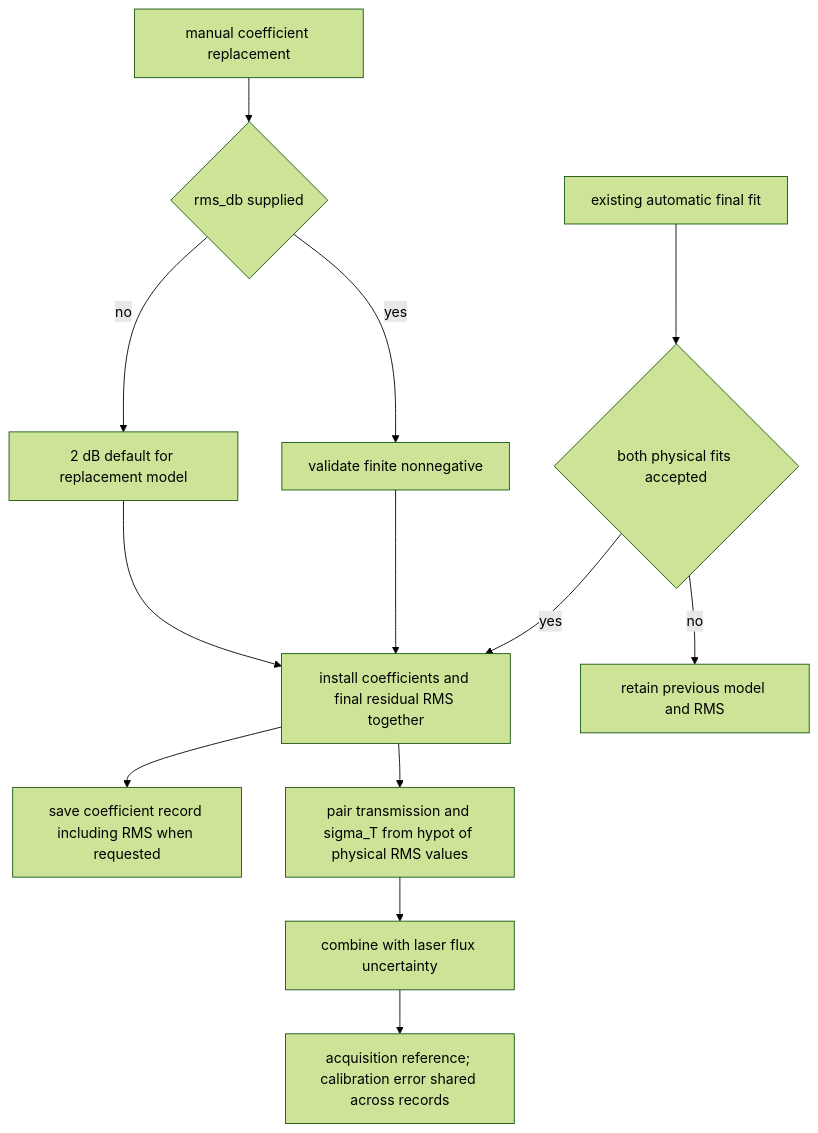
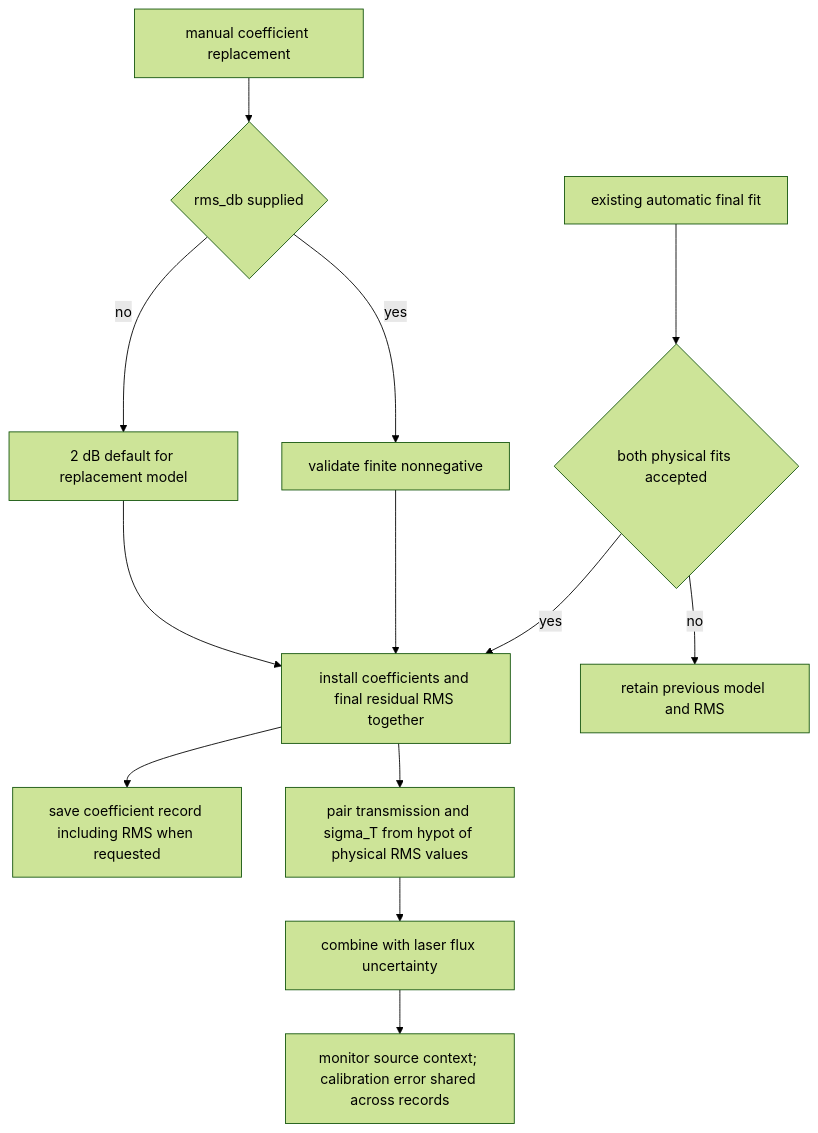
Before and after one commit to COO-Utilities/hispec-tib: diagram 12 of 25 in doc/diagrams.md, drawn with Mermaid (forest theme). The commit also changed other lines of this file and 10 other files, not shown here.

Commit message:
Keep source context in throughput and complete calibration windows from ADC samples

````diff
--- a/doc/diagrams.md
+++ b/doc/diagrams.md
@@ -279,15 +280,15 @@
 ```mermaid
 flowchart TD
   AutoFit[existing automatic final fit] --> Accepted{both physical fits accepted}
   Accepted -- yes --> Install[install coefficients and final residual RMS together]
   Accepted -- no --> Keep[retain previous model and RMS]
   Manual[manual coefficient replacement] --> RMS{rms_db supplied}
   RMS -- yes --> Validate[validate finite nonnegative]
   RMS -- no --> Default[2 dB default for replacement model]
   Validate --> Install
   Default --> Install
   Install --> Save[save coefficient record including RMS when requested]
   Install --> Estimate[pair transmission and sigma_T from hypot of physical RMS values]
   Estimate --> Source[combine with laser flux uncertainty]
-  Source --> ADCRef[acquisition reference; calibration error shared across records]
+  Source --> ADCRef[monitor source context; calibration error shared across records]
 ```
````
